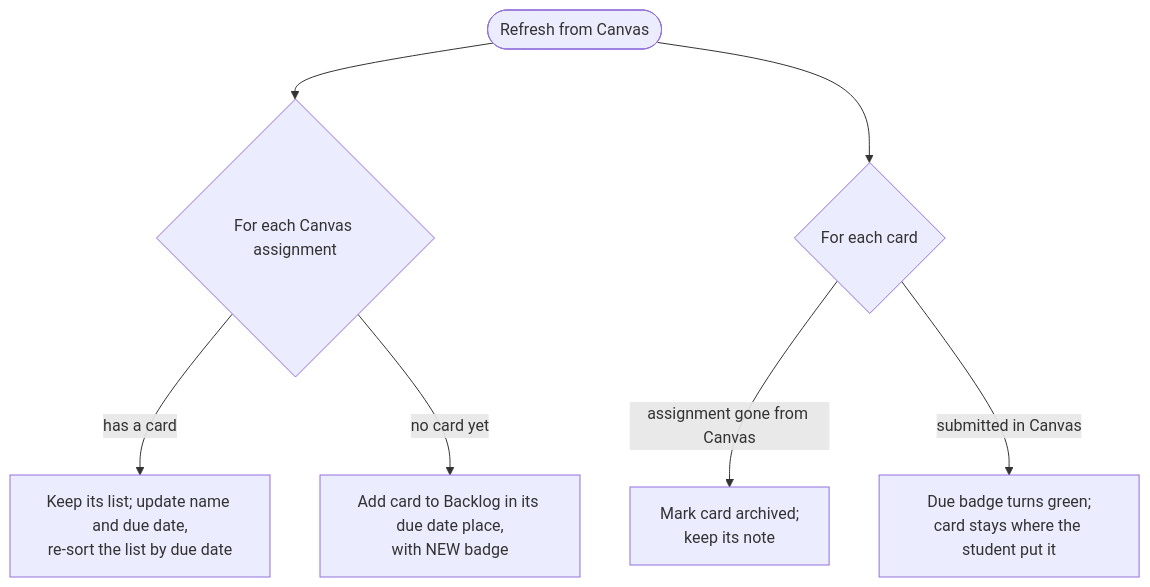
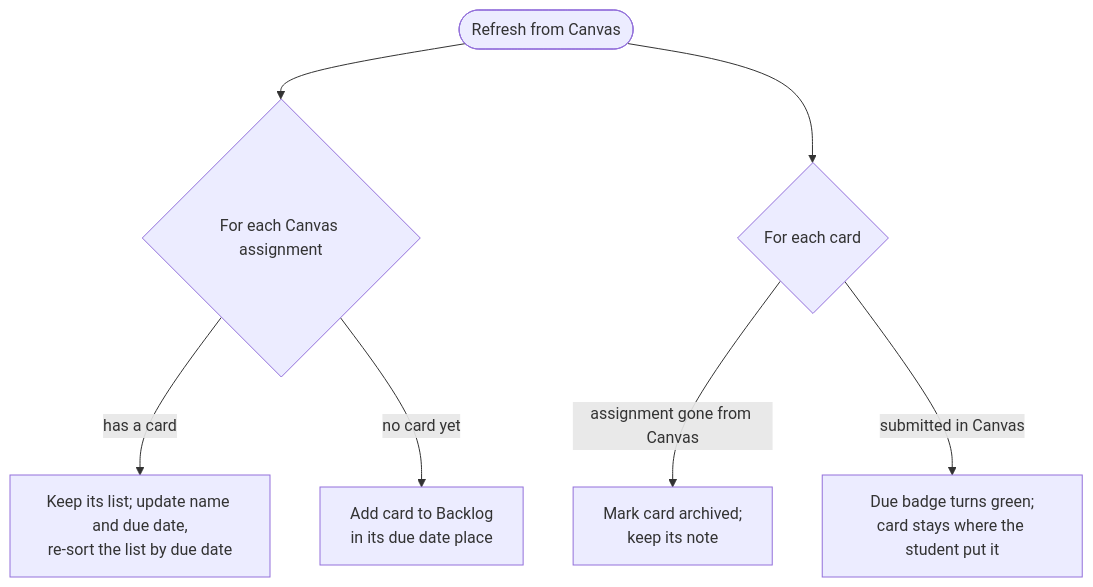
The sixth of 9 diagrams in docs/canvas-portal/04-wireframes-workflows.md (bbranton/TestProj), drawn with Mermaid before and after one commit. The commit also changed other lines of this file and 3 other files, not shown here.

````diff
--- a/docs/canvas-portal/04-wireframes-workflows.md
+++ b/docs/canvas-portal/04-wireframes-workflows.md
@@ -414,9 +414,9 @@
 ```mermaid
 flowchart TD
     A([Refresh from Canvas]) --> B{For each Canvas assignment}
     B -- has a card --> C[Keep its list; update name and due date,<br/>re-sort the list by due date]
-    B -- no card yet --> D[Add card to Backlog in its due date place,<br/>with NEW badge]
+    B -- no card yet --> D[Add card to Backlog<br/>in its due date place]
     A --> E{For each card}
     E -- assignment gone from Canvas --> F[Mark card archived;<br/>keep its note]
     E -- submitted in Canvas --> G[Due badge turns green;<br/>card stays where the student put it]
 ```
````
